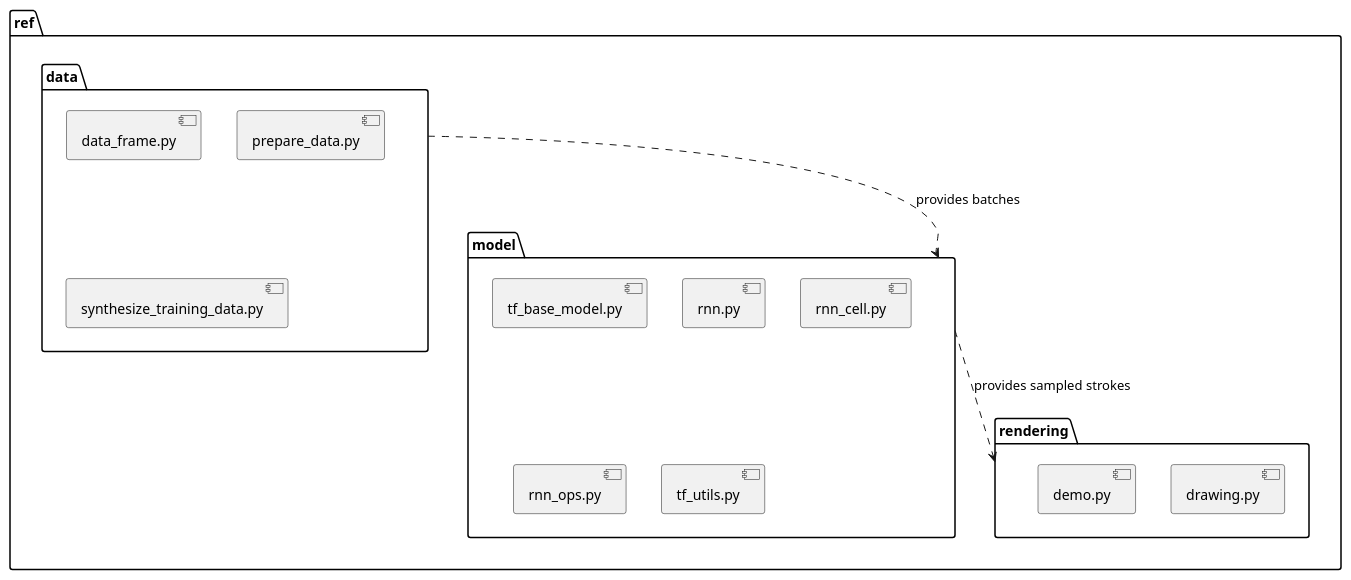
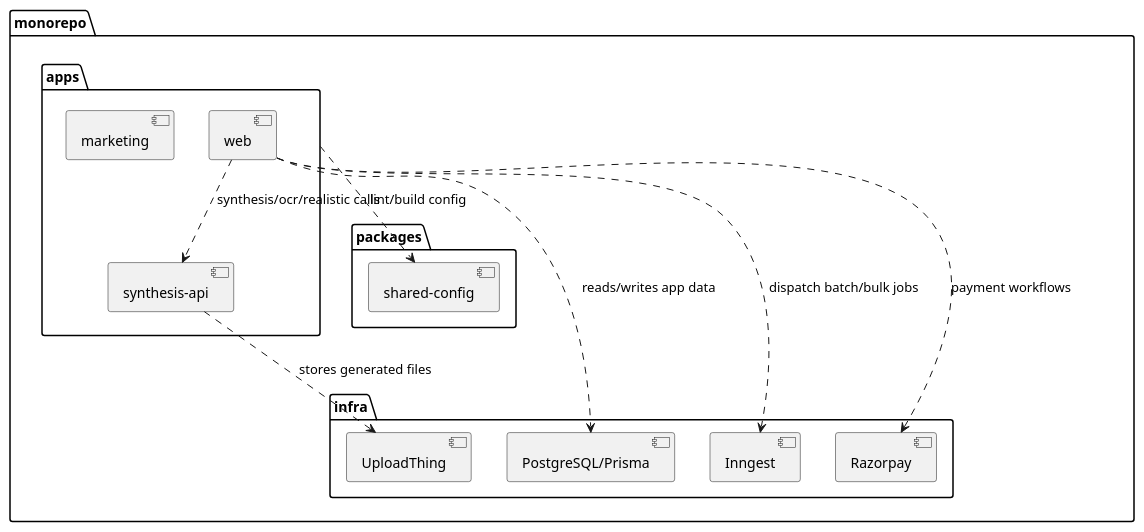
One commit to bhadraagada/ctrlpluspen changed diagram 14 of 15 in docss/CONCEPTUAL_DIAGRAMS.md. Above: the diagram before and after it, drawn with PlantUML. The commit also changed other lines of this file and 138 other files, not shown here.

````diff
--- a/docss/CONCEPTUAL_DIAGRAMS.md
+++ b/docss/CONCEPTUAL_DIAGRAMS.md
@@ -592,30 +700,32 @@
 ```plantuml
 @startuml
 skinparam monochrome true
 skinparam shadowing false
 
-package "ref" {
-  package "data" {
-    [data_frame.py]
-    [prepare_data.py]
-    [synthesize_training_data.py]
+package "monorepo" as mono {
+  package "apps" as apps {
+    [web]
+    [synthesis-api]
+    [marketing]
   }
 
-  package "model" {
-    [tf_base_model.py]
-    [rnn.py]
-    [rnn_cell.py]
-    [rnn_ops.py]
-    [tf_utils.py]
+  package "packages" as pkgs {
+    [shared-config]
   }
 
-  package "rendering" {
-    [drawing.py]
-    [demo.py]
+  package "infra" as infra {
+    [PostgreSQL/Prisma]
+    [Inngest]
+    [UploadThing]
+    [Razorpay]
   }
 }
 
-"data" ..> "model" : provides batches
-"model" ..> "rendering" : provides sampled strokes
+"web" ..> "synthesis-api" : synthesis/ocr/realistic calls
+"web" ..> "PostgreSQL/Prisma" : reads/writes app data
+"web" ..> "Inngest" : dispatch batch/bulk jobs
+"synthesis-api" ..> "UploadThing" : stores generated files
+"web" ..> "Razorpay" : payment workflows
+apps ..> [shared-config] : lint/build config
 @enduml
 ```
````
